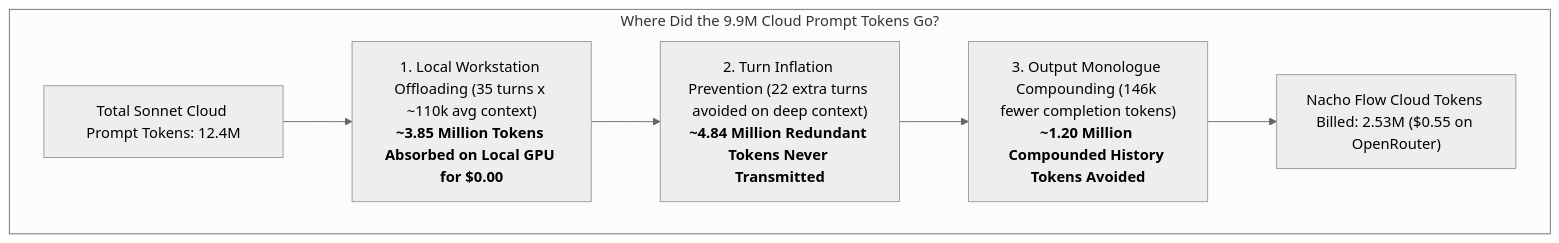
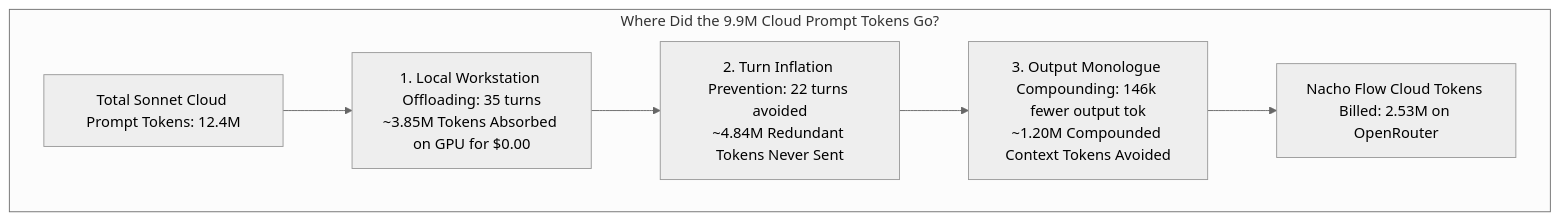
Before and after one commit to dixieflatline76/nacho-flow: the third of 10 diagrams in docs/Sonnet-control-study.md, drawn with Mermaid (neutral theme). The commit also changed other lines of this file and 2 other files, not shown here.

Commit message:
docs: fix mermaid diagrams for universal markdown preview compatibility

````diff
--- a/docs/Sonnet-control-study.md
+++ b/docs/Sonnet-control-study.md
@@ -144,12 +142,15 @@
 ```mermaid
 flowchart TD
     subgraph Gap["Where Did the 9.9M Cloud Prompt Tokens Go?"]
         A["Total Sonnet Cloud Prompt Tokens: 12.4M"]
-        B["1. Local Workstation Offloading (35 turns x ~110k avg context)<br/><b>~3.85 Million Tokens Absorbed on Local GPU for $0.00</b>"]
-        C["2. Turn Inflation Prevention (22 extra turns avoided on deep context)<br/><b>~4.84 Million Redundant Tokens Never Transmitted</b>"]
-        D["3. Output Monologue Compounding (146k fewer completion tokens)<br/><b>~1.20 Million Compounded History Tokens Avoided</b>"]
-        E["Nacho Flow Cloud Tokens Billed: 2.53M ($0.55 on OpenRouter)"]
+        B["1. Local Workstation Offloading: 35 turns<br/>~3.85M Tokens Absorbed on GPU for $0.00"]
+        C["2. Turn Inflation Prevention: 22 turns avoided<br/>~4.84M Redundant Tokens Never Sent"]
+        D["3. Output Monologue Compounding: 146k fewer output tok<br/>~1.20M Compounded Context Tokens Avoided"]
+        E["Nacho Flow Cloud Tokens Billed: 2.53M on OpenRouter"]
         
-        A --> B --> C --> D --> E
+        A --> B
+        B --> C
+        C --> D
+        D --> E
     end
 ```
````
